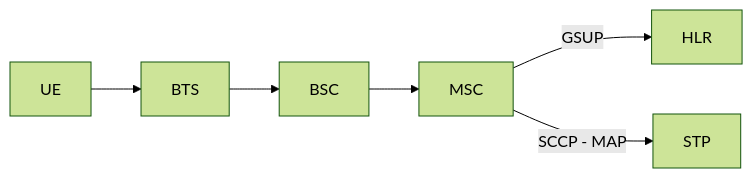
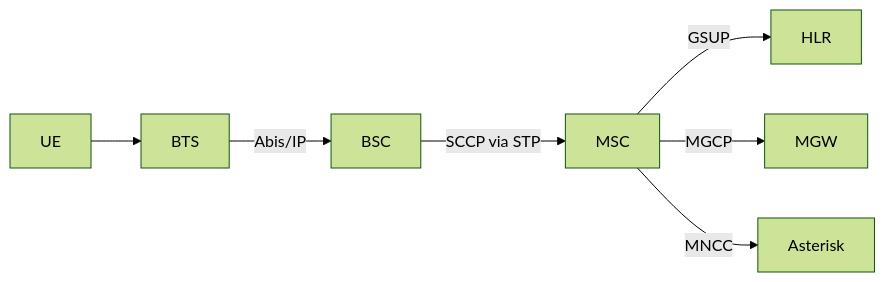
The first of 9 diagrams in README.md (bbaranoff/osmo_egprs), drawn with Mermaid (forest theme) before and after one commit. The commit also changed other lines of this file, not shown here.

````diff
--- a/README.md
+++ b/README.md
@@ -13,8 +13,9 @@
 ```mermaid
 flowchart LR
     UE --> BTS
-    BTS --> BSC
-    BSC --> MSC
+    BTS -->|Abis/IP| BSC
+    BSC -->|SCCP via STP| MSC
     MSC -->|GSUP| HLR
-    MSC -->|SCCP - MAP| STP
+    MSC -->|MGCP| MGW
+    MSC -->|MNCC| Asterisk
 ```
````
